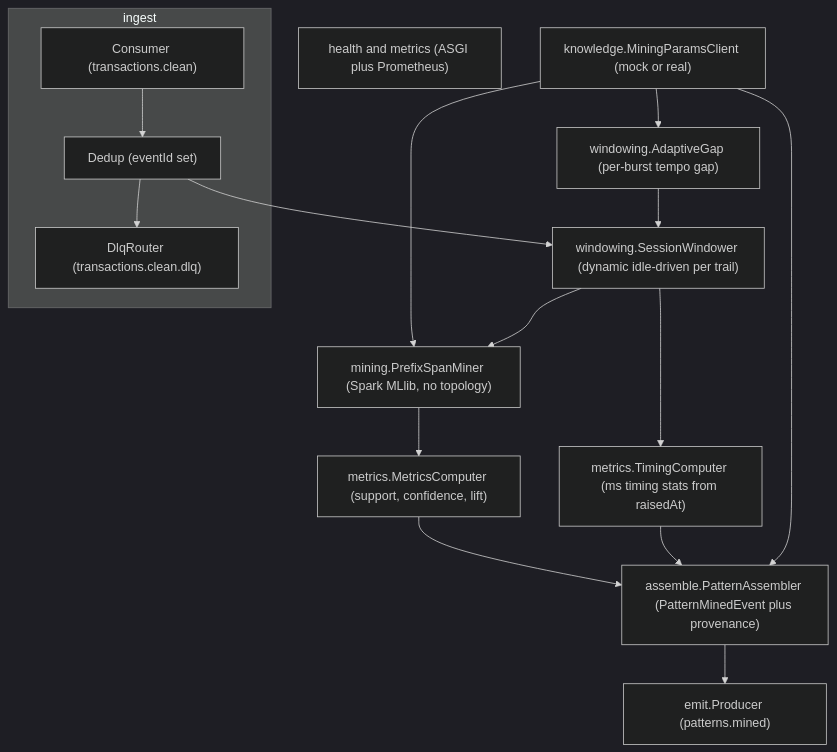
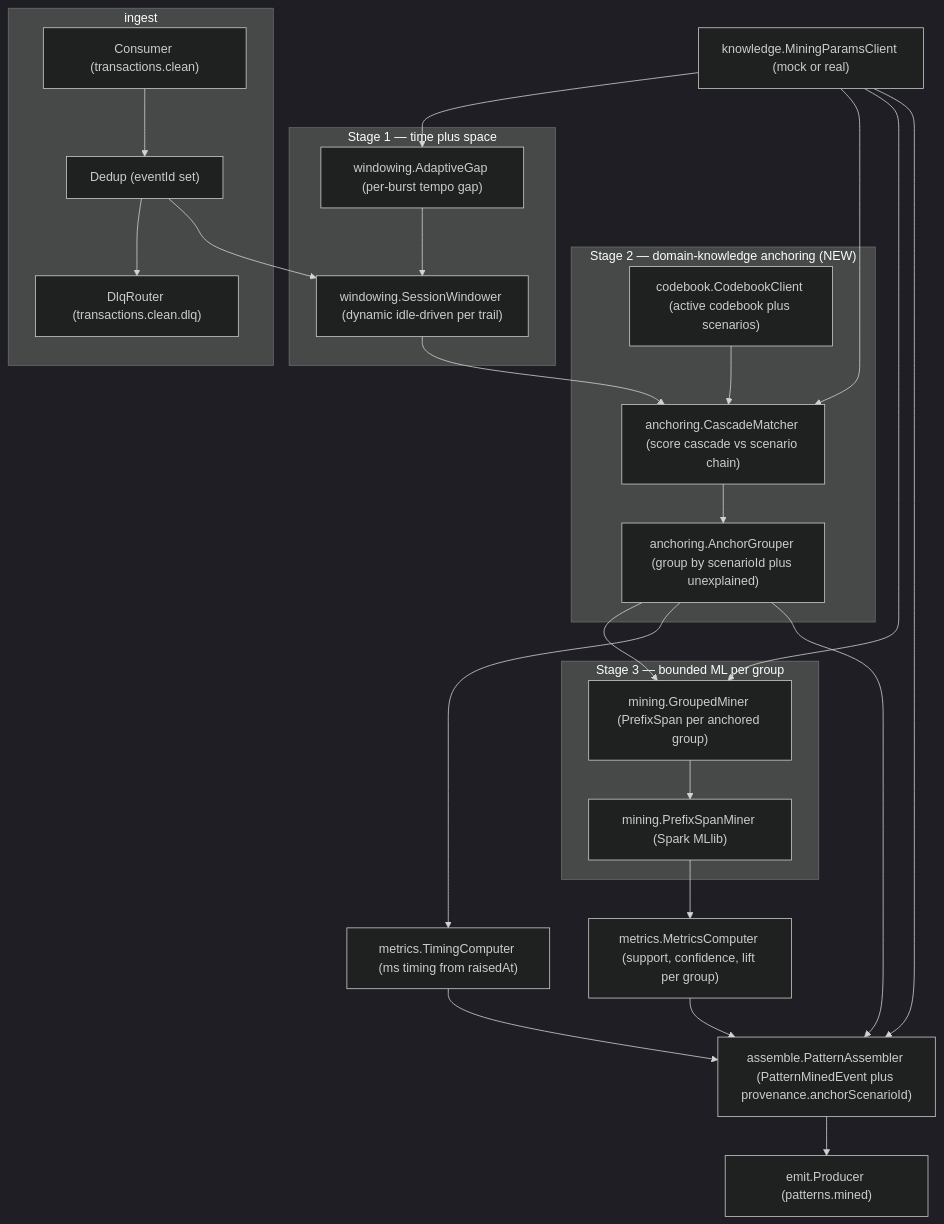
Before and after one commit to nikhilmohan/correlation-platform: the first of 6 diagrams in services/pattern-miner/design.md, drawn with Mermaid (dark theme). The commit also changed other lines of this file, not shown here.

First line of the commit message:
design(pattern-miner): 3-stage discovery — time+space, Codebook anchoring (Stage 2), bounded PrefixSpan per group

````diff
--- a/services/pattern-miner/design.md
+++ b/services/pattern-miner/design.md
@@ -91,31 +81,46 @@
 ```mermaid
 flowchart TD
   subgraph ingest["ingest"]
     C["Consumer (transactions.clean)"]
     D["Dedup (eventId set)"]
     DLQ["DlqRouter (transactions.clean.dlq)"]
   end
   K["knowledge.MiningParamsClient (mock or real)"]
-  W["windowing.SessionWindower (dynamic idle-driven per trail)"]
-  AG["windowing.AdaptiveGap (per-burst tempo gap)"]
-  M["mining.PrefixSpanMiner (Spark MLlib, no topology)"]
-  MET["metrics.MetricsComputer (support, confidence, lift)"]
-  TC["metrics.TimingComputer (ms timing stats from raisedAt)"]
-  A["assemble.PatternAssembler (PatternMinedEvent plus provenance)"]
+  subgraph stage1["Stage 1 — time plus space"]
+    W["windowing.SessionWindower (dynamic idle-driven per trail)"]
+    AG["windowing.AdaptiveGap (per-burst tempo gap)"]
+  end
+  subgraph stage2["Stage 2 — domain-knowledge anchoring (NEW)"]
+    CB["codebook.CodebookClient (active codebook plus scenarios)"]
+    MATCH["anchoring.CascadeMatcher (score cascade vs scenario chain)"]
+    GRP["anchoring.AnchorGrouper (group by scenarioId plus unexplained)"]
+  end
+  subgraph stage3["Stage 3 — bounded ML per group"]
+    GM["mining.GroupedMiner (PrefixSpan per anchored group)"]
+    M["mining.PrefixSpanMiner (Spark MLlib)"]
+  end
+  MET["metrics.MetricsComputer (support, confidence, lift per group)"]
+  TC["metrics.TimingComputer (ms timing from raisedAt)"]
+  A["assemble.PatternAssembler (PatternMinedEvent plus provenance.anchorScenarioId)"]
   E["emit.Producer (patterns.mined)"]
-  OBS["health and metrics (ASGI plus Prometheus)"]
 
   C --> D
   D --> DLQ
   D --> W
   K --> AG
   AG --> W
-  K --> M
-  W --> M
-  W --> TC
+  W --> MATCH
+  K --> MATCH
+  CB --> MATCH
+  MATCH --> GRP
+  GRP --> GM
+  GM --> M
+  K --> GM
   M --> MET
+  GRP --> TC
   MET --> A
   TC --> A
   K --> A
+  GRP --> A
   A --> E
 ```
````
